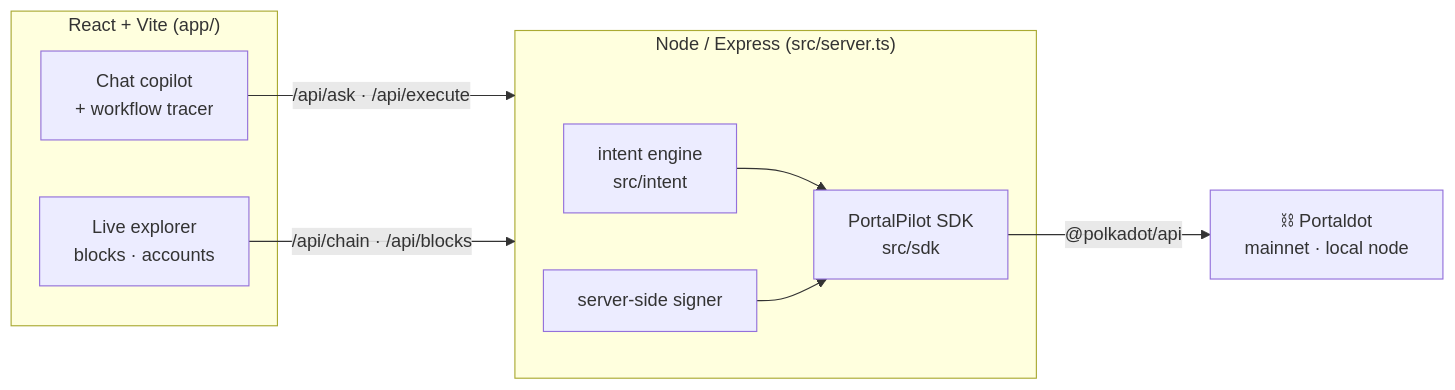
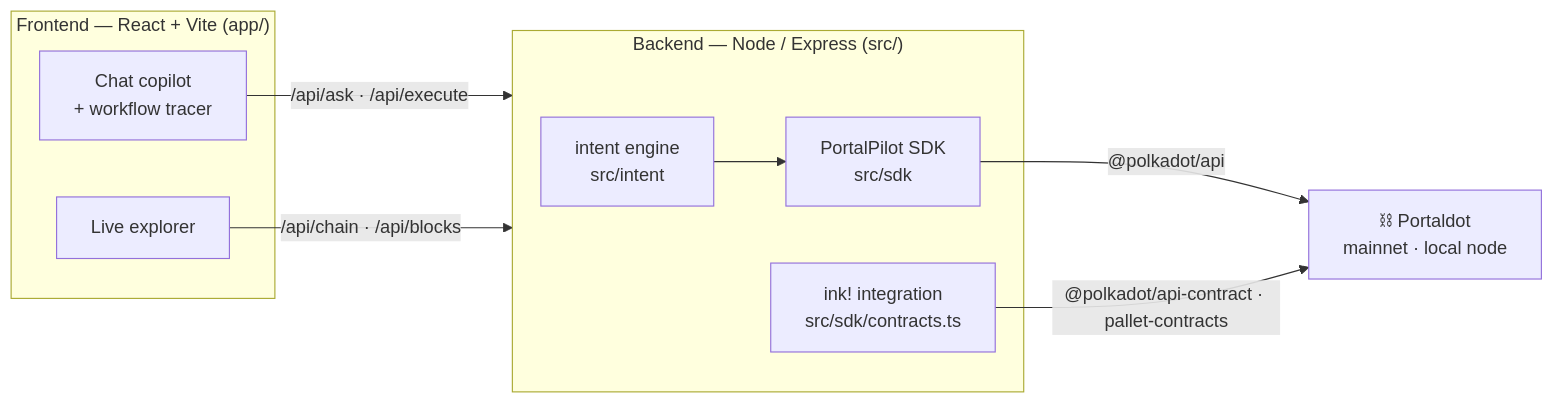
Before and after one commit to ismailridwans/portaldot-hackathon-2026-portalpilot-aerofyta: the diagram in README.md, drawn with Mermaid. The commit also changed other lines of this file and 10 other files, not shown here.

````diff
--- a/README.md
+++ b/README.md
@@ -142,19 +51,19 @@
 ```mermaid
 flowchart LR
-    subgraph FE["React + Vite (app/)"]
-        Chat["Chat copilot<br/>+ workflow tracer"]
-        Exp["Live explorer<br/>blocks · accounts"]
+    subgraph FE["Frontend — React + Vite (app/)"]
+      Chat["Chat copilot<br/>+ workflow tracer"]
+      Exp["Live explorer"]
     end
-    subgraph BE["Node / Express (src/server.ts)"]
-        Intent["intent engine<br/>src/intent"]
-        SDK["PortalPilot SDK<br/>src/sdk"]
-        Signer["server-side signer"]
+    subgraph BE["Backend — Node / Express (src/)"]
+      Intent["intent engine<br/>src/intent"]
+      SDK["PortalPilot SDK<br/>src/sdk"]
+      Contracts["ink! integration<br/>src/sdk/contracts.ts"]
     end
     Chain["⛓ Portaldot<br/>mainnet · local node"]
 
     Chat -->|"/api/ask · /api/execute"| BE
-    Exp -->|"/api/chain · /api/blocks"| BE
+    Exp  -->|"/api/chain · /api/blocks"| BE
     Intent --> SDK
     SDK -->|"@polkadot/api"| Chain
-    Signer --> SDK
+    Contracts -->|"@polkadot/api-contract · pallet-contracts"| Chain
 ```
````
